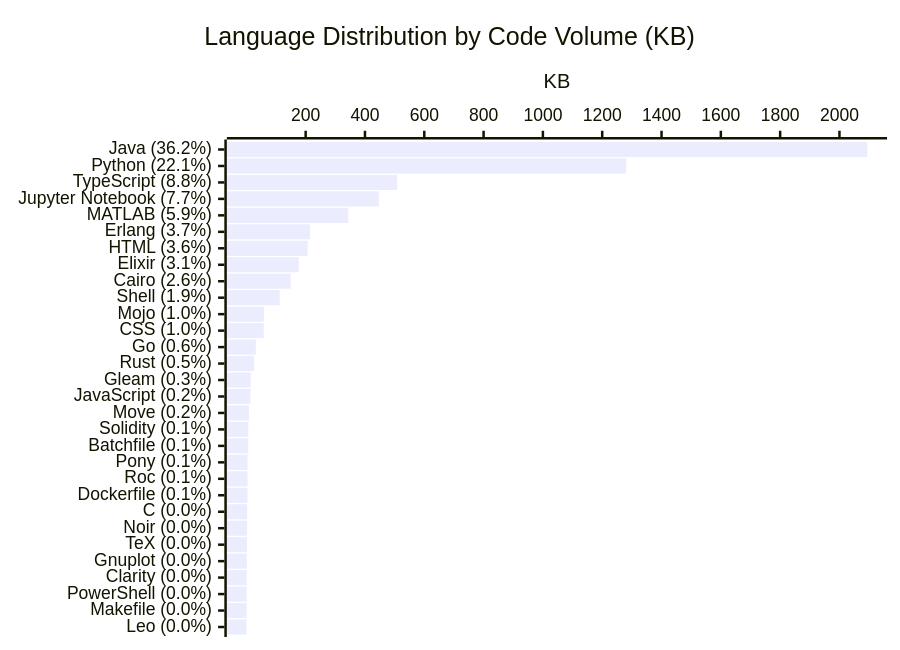
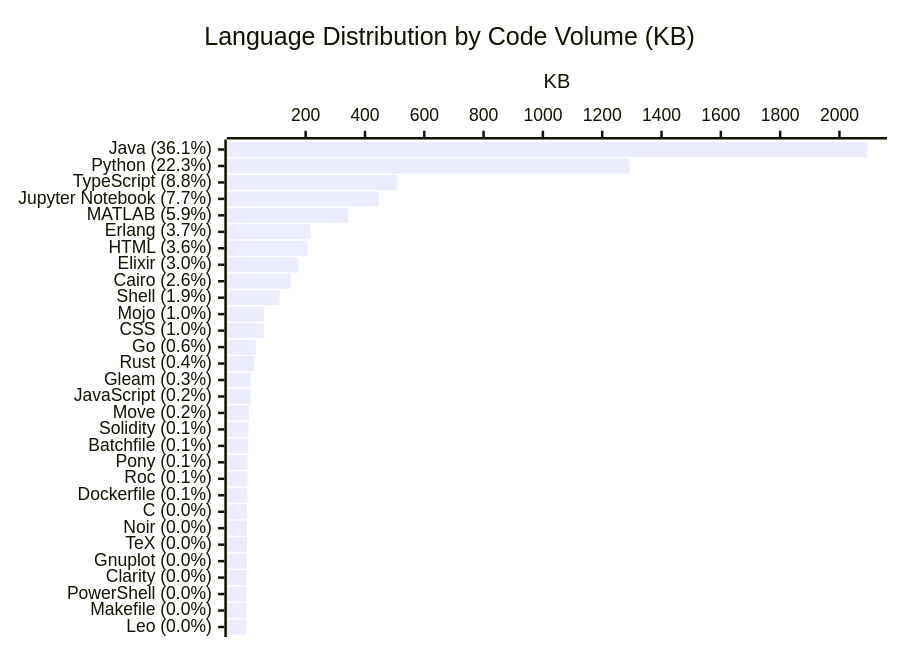
Before and after one commit to KathiraveluLab/.github: the diagram in profile/README.md, drawn with Mermaid. The commit also changed other lines of this file and 1 other file, not shown here.

````diff
--- a/profile/README.md
+++ b/profile/README.md
@@ -65,7 +65,7 @@
 ```mermaid
 xychart-beta horizontal
     title "Language Distribution by Code Volume (KB)"
-    x-axis ["Java (36.2%)", "Python (22.1%)", "TypeScript (8.8%)", "Jupyter Notebook (7.7%)", "MATLAB (5.9%)", "Erlang (3.7%)", "HTML (3.6%)", "Elixir (3.1%)", "Cairo (2.6%)", "Shell (1.9%)", "Mojo (1.0%)", "CSS (1.0%)", "Go (0.6%)", "Rust (0.5%)", "Gleam (0.3%)", "JavaScript (0.2%)", "Move (0.2%)", "Solidity (0.1%)", "Batchfile (0.1%)", "Pony (0.1%)", "Roc (0.1%)", "Dockerfile (0.1%)", "C (0.0%)", "Noir (0.0%)", "TeX (0.0%)", "Gnuplot (0.0%)", "Clarity (0.0%)", "PowerShell (0.0%)", "Makefile (0.0%)", "Leo (0.0%)"]
+    x-axis ["Java (36.1%)", "Python (22.3%)", "TypeScript (8.8%)", "Jupyter Notebook (7.7%)", "MATLAB (5.9%)", "Erlang (3.7%)", "HTML (3.6%)", "Elixir (3.0%)", "Cairo (2.6%)", "Shell (1.9%)", "Mojo (1.0%)", "CSS (1.0%)", "Go (0.6%)", "Rust (0.4%)", "Gleam (0.3%)", "JavaScript (0.2%)", "Move (0.2%)", "Solidity (0.1%)", "Batchfile (0.1%)", "Pony (0.1%)", "Roc (0.1%)", "Dockerfile (0.1%)", "C (0.0%)", "Noir (0.0%)", "TeX (0.0%)", "Gnuplot (0.0%)", "Clarity (0.0%)", "PowerShell (0.0%)", "Makefile (0.0%)", "Leo (0.0%)"]
     y-axis "KB"
-    bar [2094.22, 1281.15, 508.57, 446.9, 343.93, 214.61, 206.6, 176.6, 149.42, 112.62, 59.44, 58.73, 32.03, 26.08, 14.6, 13.89, 8.83, 6.65, 6.48, 4.14, 4.09, 3.9, 2.58, 2.46, 2.29, 1.82, 1.53, 1.02, 0.99, 0.27]
+    bar [2094.22, 1291.88, 508.57, 446.9, 343.93, 214.61, 206.6, 176.6, 149.42, 112.64, 59.44, 58.73, 32.03, 26.08, 14.6, 13.89, 8.83, 6.65, 6.48, 4.14, 4.09, 3.92, 2.58, 2.46, 2.29, 1.82, 1.53, 1.02, 0.99, 0.27]
 ```
````
